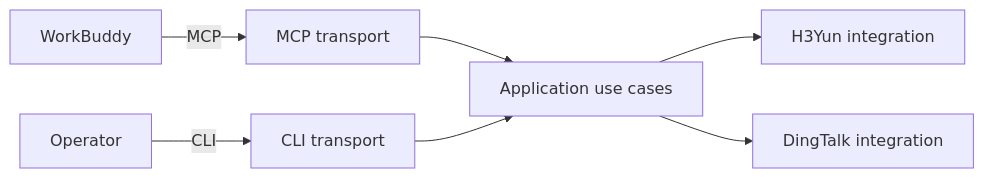
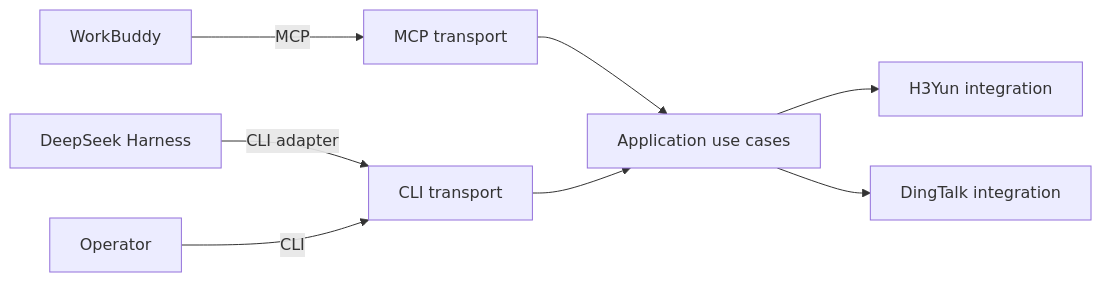
Before and after one commit to mmungdong/crwu-ai: the diagram in README.md, drawn with Mermaid. The commit also changed other lines of this file and 46 other files, not shown here.

````diff
--- a/README.md
+++ b/README.md
@@ -121,9 +189,10 @@
 ```mermaid
 flowchart LR
     WorkBuddy -->|MCP| MCP_TRANSPORT[MCP transport]
+    DeepSeek[DeepSeek Harness] -->|CLI adapter| CLI_TRANSPORT
     Operator  -->|CLI| CLI_TRANSPORT[CLI transport]
     MCP_TRANSPORT --> APP[Application use cases]
     CLI_TRANSPORT --> APP
     APP --> H3Yun[H3Yun integration]
     APP --> DingTalk[DingTalk integration]
 ```
````
